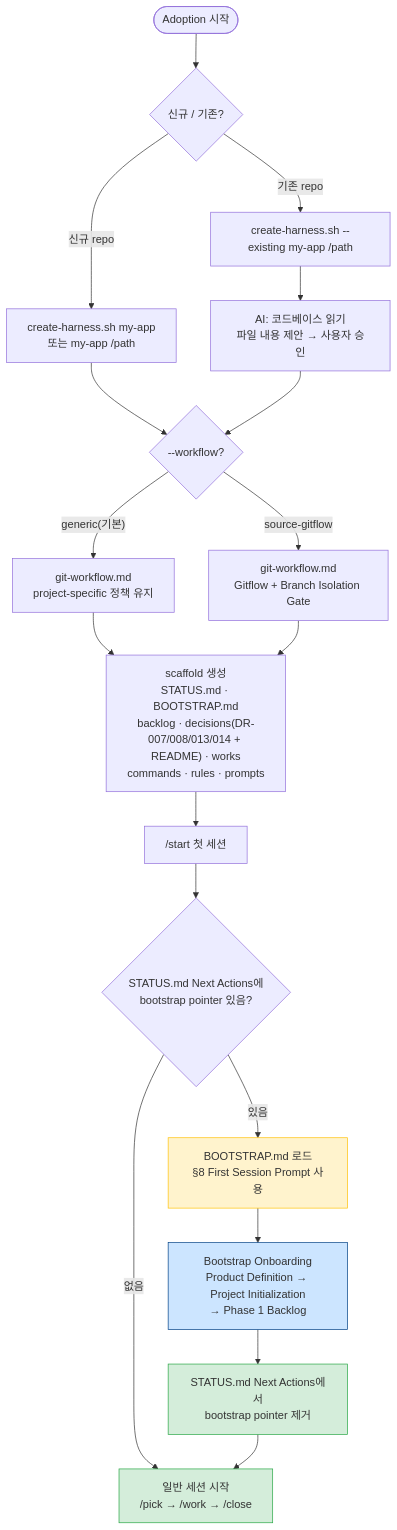
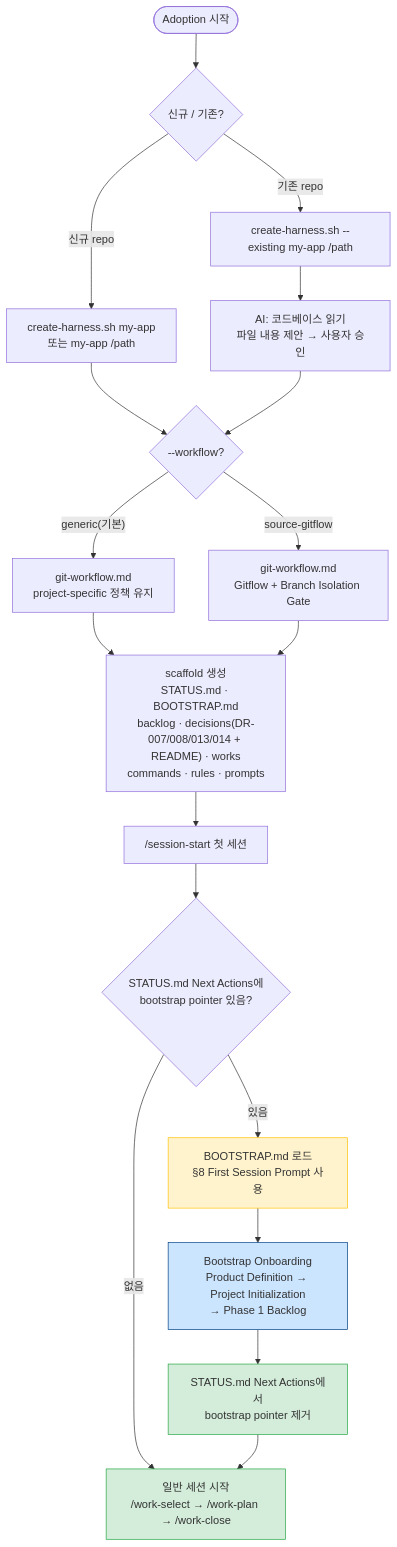
One commit to kyungseo/ai-workflow-harness changed the seventh of 7 diagrams in README.md. Above: the diagram before and after it, drawn with Mermaid. The commit also changed other lines of this file and 83 other files, not shown here.

````diff
--- a/README.md
+++ b/README.md
@@ -498,36 +498,36 @@
 ```mermaid
 flowchart TD
     A(["Adoption 시작"]) --> B{"신규 / 기존?"}
 
     B -- "신규 repo" --> C["create-harness.sh my-app\n또는 my-app /path"]
     B -- "기존 repo" --> D["create-harness.sh --existing my-app /path"]
 
     D --> F["AI: 코드베이스 읽기\n파일 내용 제안 → 사용자 승인"]
 
     C --> WF{"--workflow?"}
     F --> WF
 
     WF -- "generic(기본)" --> GW1["git-workflow.md\nproject-specific 정책 유지"]
     WF -- "source-gitflow" --> GW2["git-workflow.md\nGitflow + Branch Isolation Gate"]
 
     GW1 --> E["scaffold 생성\nSTATUS.md · BOOTSTRAP.md\nbacklog · decisions(DR-007/008/013/014 + README) · works\ncommands · rules · prompts"]
     GW2 --> E
 
-    E --> G["/start 첫 세션"]
+    E --> G["/session-start 첫 세션"]
 
     G --> H{"STATUS.md Next Actions에\nbootstrap pointer 있음?"}
 
-    H -- "없음" --> I["일반 세션 시작\n/pick → /work → /close"]
+    H -- "없음" --> I["일반 세션 시작\n/work-select → /work-plan → /work-close"]
     H -- "있음" --> J["BOOTSTRAP.md 로드\n§8 First Session Prompt 사용"]
 
     J --> K["Bootstrap Onboarding\nProduct Definition → Project Initialization\n→ Phase 1 Backlog"]
 
     K --> L["STATUS.md Next Actions에서\nbootstrap pointer 제거"]
 
     L --> I
 
     style J fill:#fff3cd,stroke:#ffc107
     style K fill:#cce5ff,stroke:#004085
     style L fill:#d4edda,stroke:#28a745
     style I fill:#d4edda,stroke:#28a745
 ```
````
